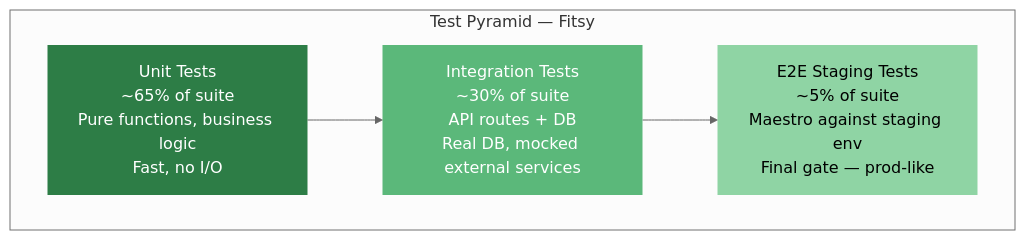
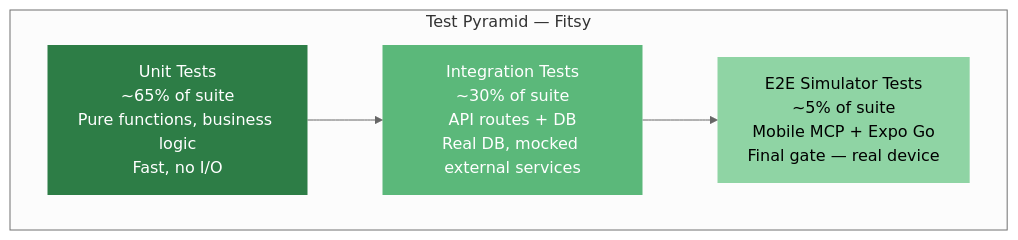
The diagram in docs/engineering/testing-strategy.md (dgmolla/fitsy), drawn with Mermaid (neutral theme) before and after one commit. The commit also changed other lines of this file and 17 other files, not shown here.

First line of the commit message:
chore: replace Playwright E2E with mobile MCP + Expo Go simulator

````diff
--- a/docs/engineering/testing-strategy.md
+++ b/docs/engineering/testing-strategy.md
@@ -26,14 +26,14 @@
 ```mermaid
 graph TD
     subgraph pyramid["Test Pyramid — Fitsy"]
-        E2E["E2E Staging Tests\n~5% of suite\nMaestro against staging env\nFinal gate — prod-like"]
+        E2E["E2E Simulator Tests\n~5% of suite\nMobile MCP + Expo Go\nFinal gate — real device"]
         INT["Integration Tests\n~30% of suite\nAPI routes + DB\nReal DB, mocked external services"]
         UNIT["Unit Tests\n~65% of suite\nPure functions, business logic\nFast, no I/O"]
     end
 
     UNIT --> INT --> E2E
 
     style UNIT fill:#2D7D46,color:#fff,stroke:none
     style INT fill:#5BB87A,color:#fff,stroke:none
     style E2E fill:#8fd4a4,color:#000,stroke:none
 ```
````
